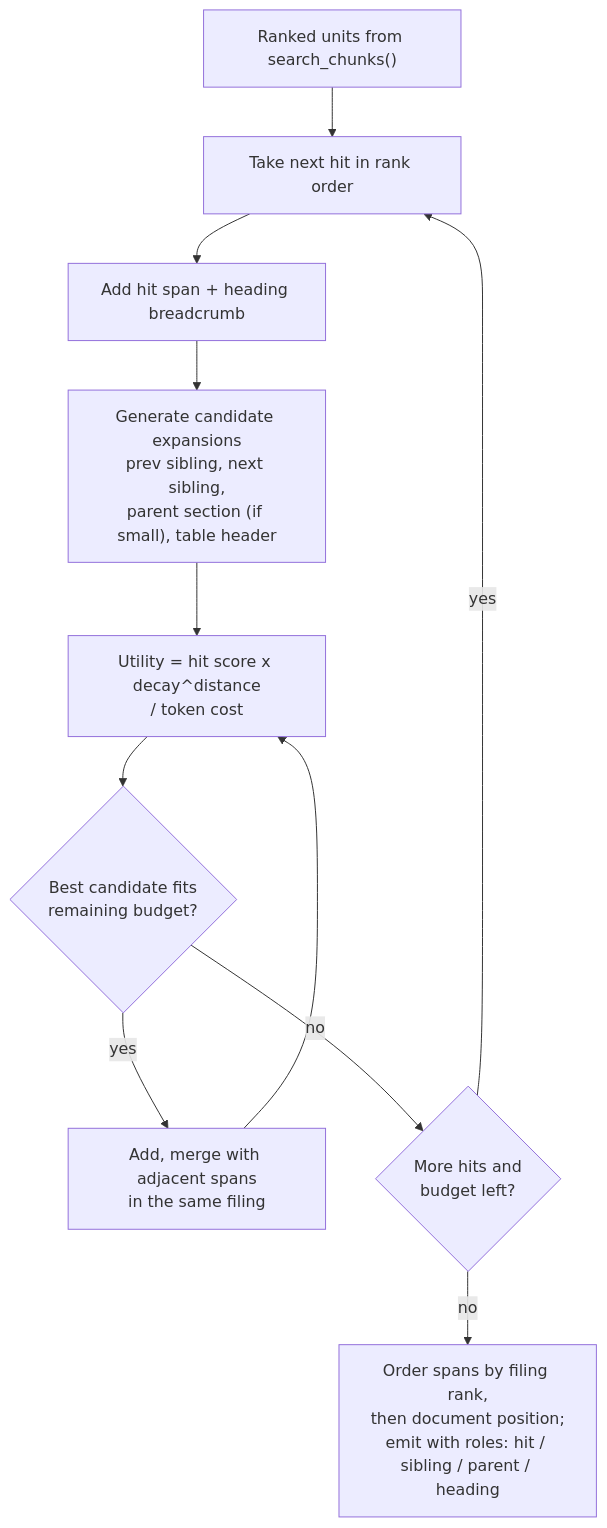
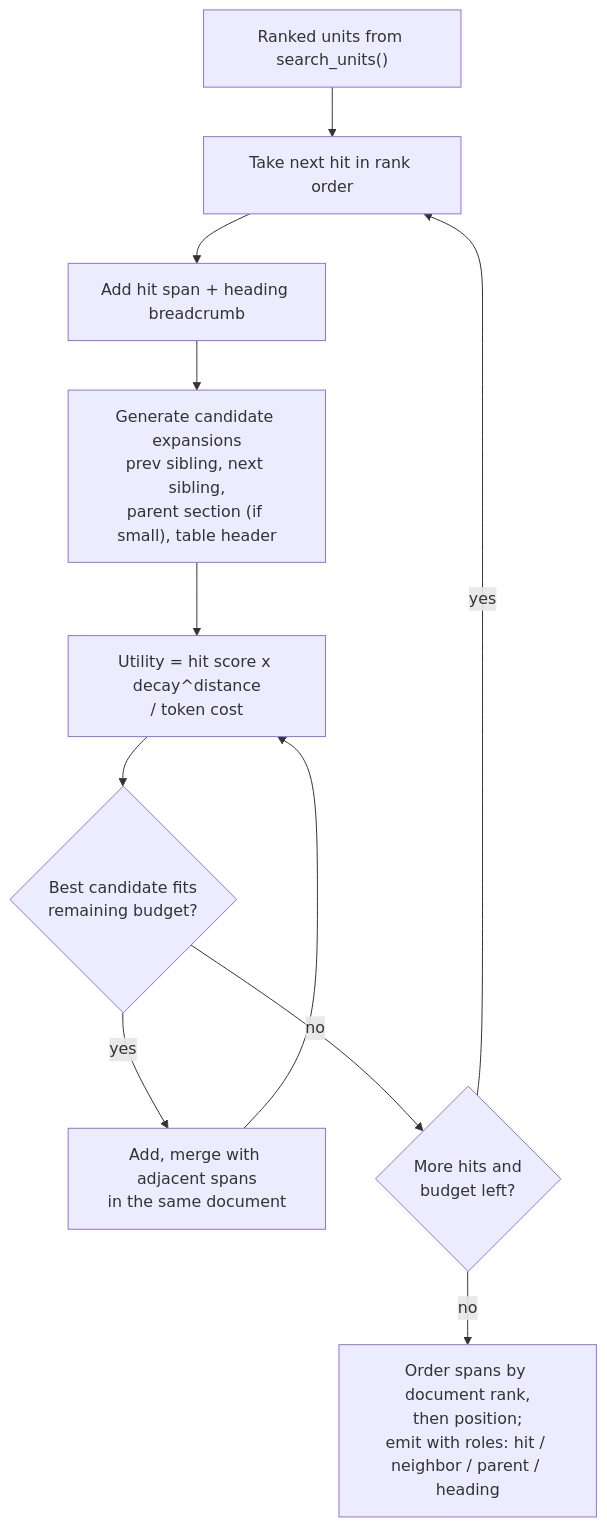
One commit to conradlotz/chunking-rag-system changed the fifth of 8 diagrams in docs/ARCHITECTURE.md. Above: the diagram before and after it, drawn with Mermaid. The commit also changed other lines of this file and 8 other files, not shown here.

````diff
--- a/docs/ARCHITECTURE.md
+++ b/docs/ARCHITECTURE.md
@@ -281,13 +335,13 @@
 ```mermaid
 flowchart TD
-    H["Ranked units from search_chunks()"] --> A["Take next hit in rank order"]
+    H["Ranked units from search_units()"] --> A["Take next hit in rank order"]
     A --> B["Add hit span + heading breadcrumb"]
     B --> C["Generate candidate expansions\nprev sibling, next sibling,\nparent section (if small), table header"]
     C --> D["Utility = hit score x decay^distance\n/ token cost"]
     D --> E{"Best candidate fits\nremaining budget?"}
-    E -- yes --> F["Add, merge with adjacent spans\nin the same filing"]
+    E -- yes --> F["Add, merge with adjacent spans\nin the same document"]
     F --> D
     E -- no --> G{"More hits and\nbudget left?"}
     G -- yes --> A
-    G -- no --> O["Order spans by filing rank,\nthen document position;\nemit with roles: hit / sibling / parent / heading"]
+    G -- no --> O["Order spans by document rank,\nthen position;\nemit with roles: hit / neighbor / parent / heading"]
 ```
````
